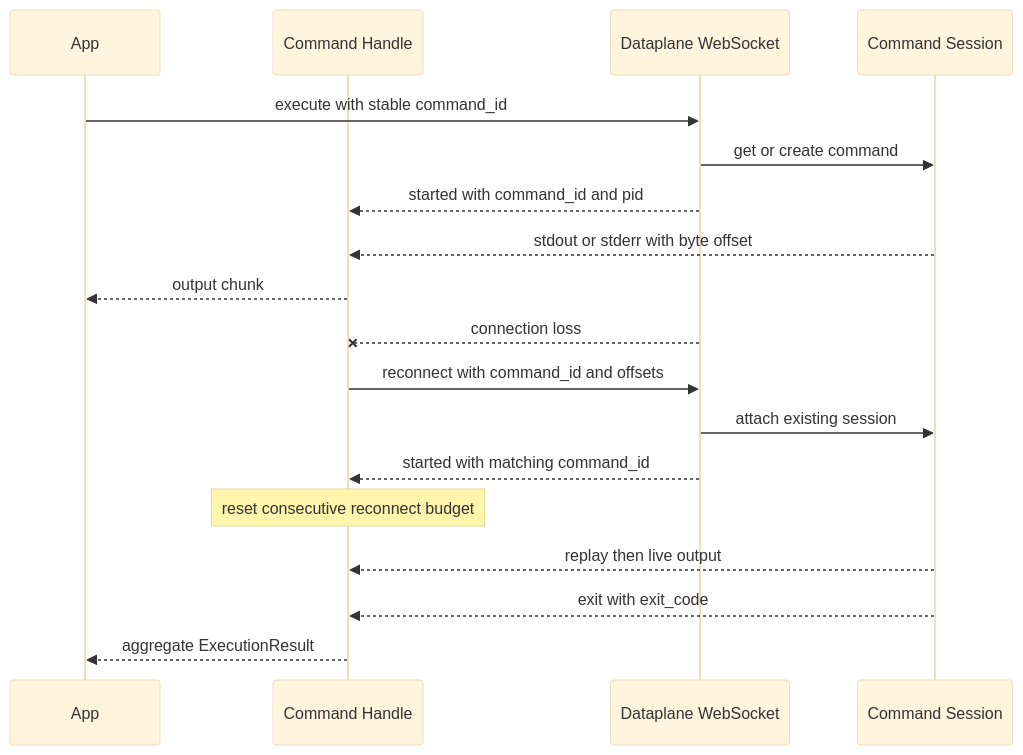
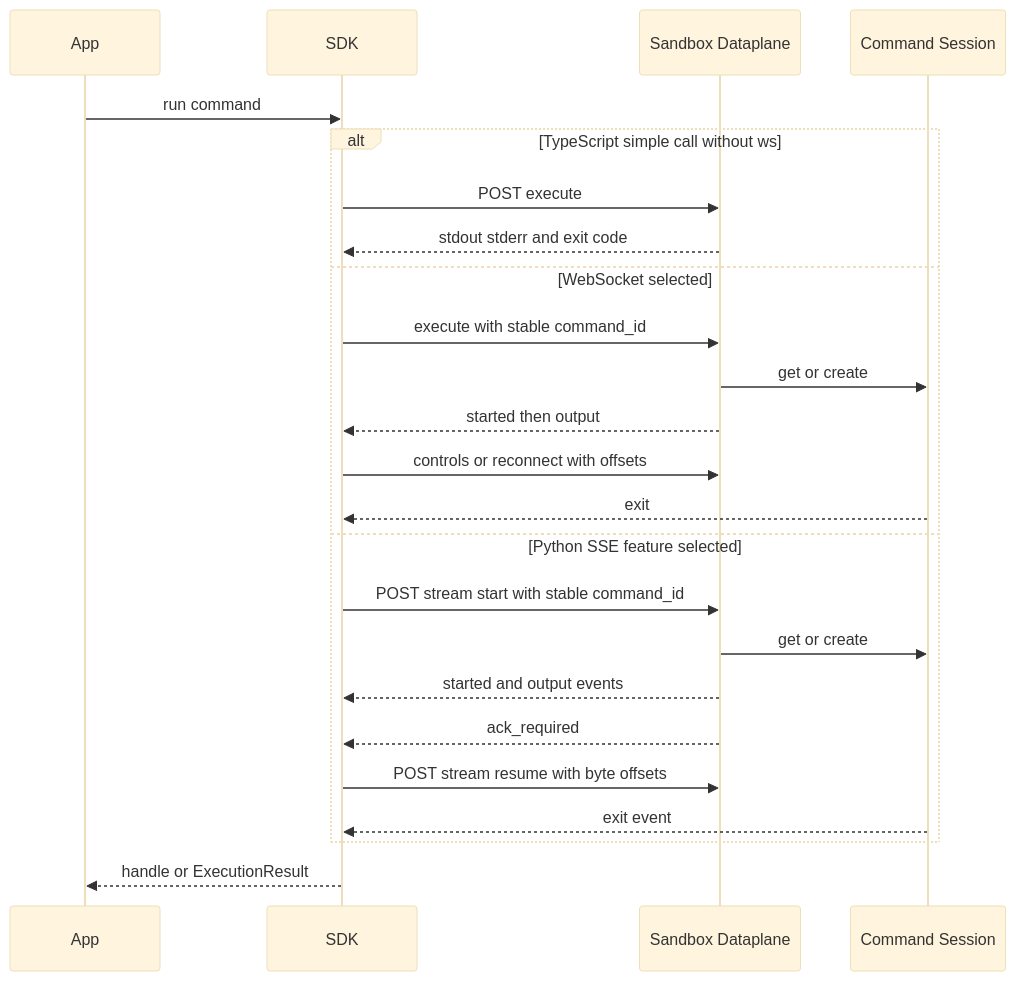
Before and after one commit to langchain-ai/langsmith-sdk: the second of 2 diagrams in openwiki/workflows/sandbox-lifecycle-and-execution.md, drawn with Mermaid (base theme). The commit also changed other lines of this file and 34 other files, not shown here.

````diff
--- a/openwiki/workflows/sandbox-lifecycle-and-execution.md
+++ b/openwiki/workflows/sandbox-lifecycle-and-execution.md
@@ -123,20 +143,26 @@
 ```mermaid
 sequenceDiagram
     participant App
-    participant Handle as Command Handle
-    participant DP as Dataplane WebSocket
+    participant SDK
+    participant DP as Sandbox Dataplane
     participant Cmd as Command Session
-    App->>DP: execute with stable command_id
-    DP->>Cmd: get or create command
-    DP-->>Handle: started with command_id and pid
-    Cmd-->>Handle: stdout or stderr with byte offset
-    Handle-->>App: output chunk
-    DP--xHandle: connection loss
-    Handle->>DP: reconnect with command_id and offsets
-    DP->>Cmd: attach existing session
-    DP-->>Handle: started with matching command_id
-    Note over Handle: reset consecutive reconnect budget
-    Cmd-->>Handle: replay then live output
-    Cmd-->>Handle: exit with exit_code
-    Handle-->>App: aggregate ExecutionResult
+    App->>SDK: run command
+    alt TypeScript simple call without ws
+        SDK->>DP: POST execute
+        DP-->>SDK: stdout stderr and exit code
+    else WebSocket selected
+        SDK->>DP: execute with stable command_id
+        DP->>Cmd: get or create
+        DP-->>SDK: started then output
+        SDK->>DP: controls or reconnect with offsets
+        Cmd-->>SDK: exit
+    else Python SSE feature selected
+        SDK->>DP: POST stream start with stable command_id
+        DP->>Cmd: get or create
+        DP-->>SDK: started and output events
+        DP-->>SDK: ack_required
+        SDK->>DP: POST stream resume with byte offsets
+        Cmd-->>SDK: exit event
+    end
+    SDK-->>App: handle or ExecutionResult
 ```
````
